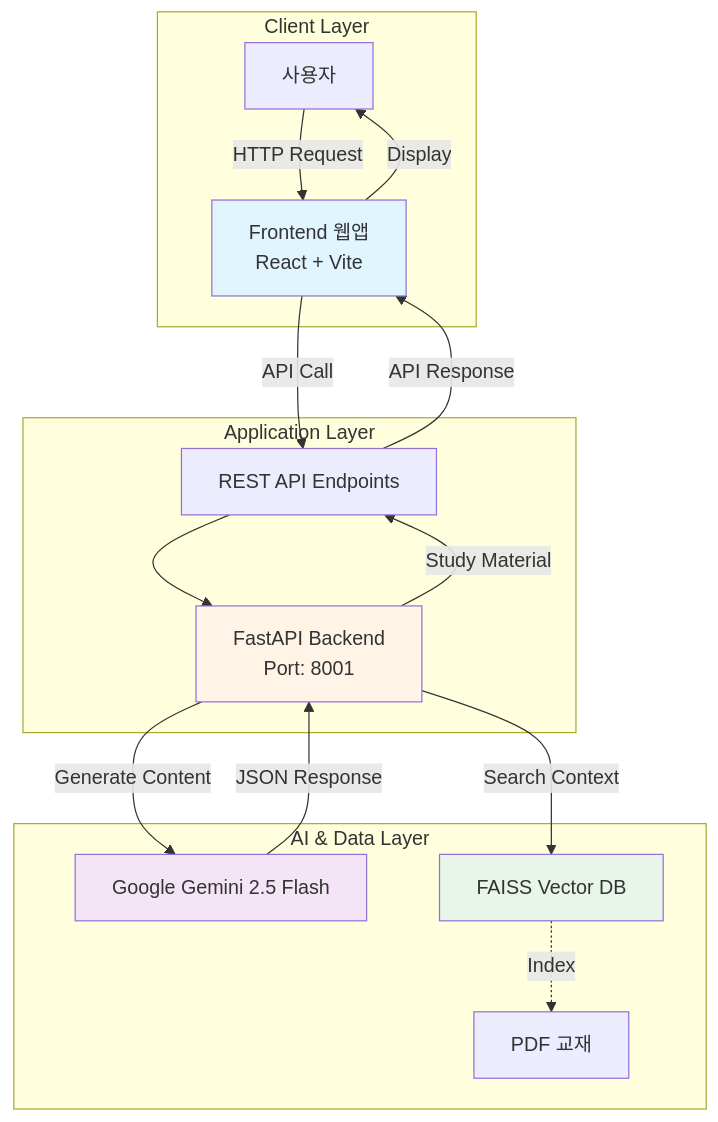
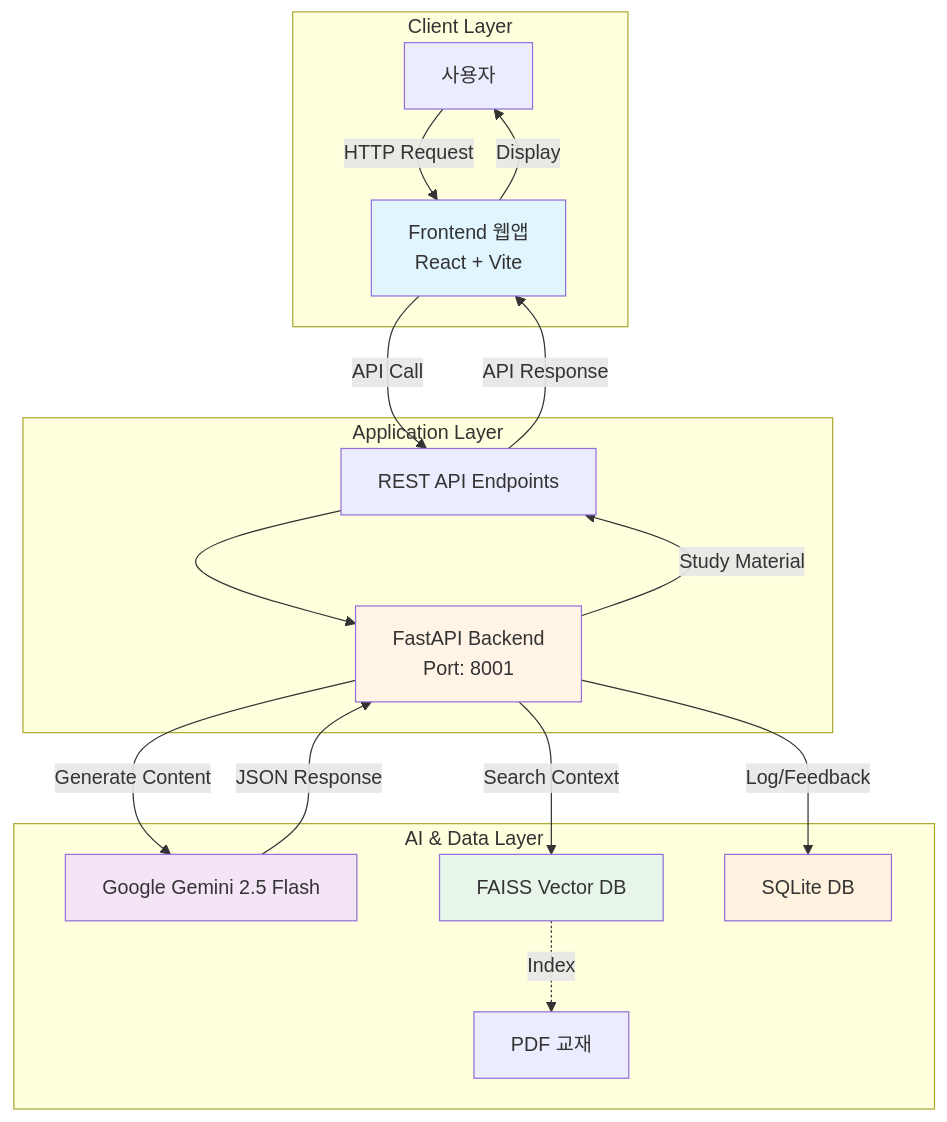
Before and after one commit to I-nkamanda/poppins: the first of 3 diagrams in plans/pop_pins_ii_architecture.md, drawn with Mermaid. The commit also changed other lines of this file and 15 other files, not shown here.

````diff
--- a/plans/pop_pins_ii_architecture.md
+++ b/plans/pop_pins_ii_architecture.md
@@ -22,34 +22,37 @@
 ```mermaid
 graph TB
     subgraph "Client Layer"
         A[사용자]
         B[Frontend 웹앱<br/>React + Vite]
     end
     
     subgraph "Application Layer"
         C[FastAPI Backend<br/>Port: 8001]
         D[REST API Endpoints]
     end
     
     subgraph "AI & Data Layer"
         E[Google Gemini 2.5 Flash]
         F[FAISS Vector DB]
         G[PDF 교재]
+        H[SQLite DB]
     end
     
     A -->|HTTP Request| B
     B -->|API Call| D
     D --> C
     C -->|Generate Content| E
     C -->|Search Context| F
+    C -->|Log/Feedback| H
     F -.->|Index| G
     E -->|JSON Response| C
     C -->|Study Material| D
     D -->|API Response| B
     B -->|Display| A
     
     style B fill:#e1f5ff
     style C fill:#fff4e6
     style E fill:#f3e5f5
     style F fill:#e8f5e9
+    style H fill:#fff3e0
 ```
````
